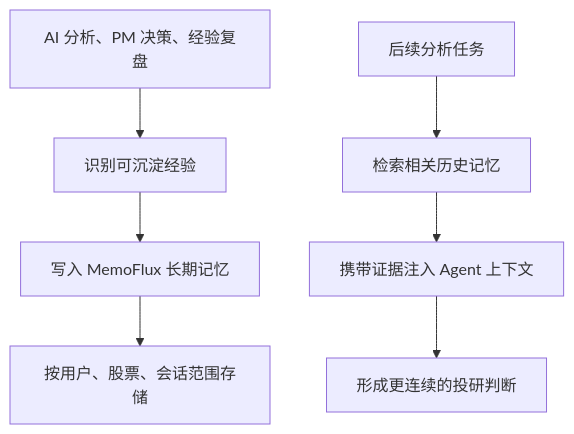
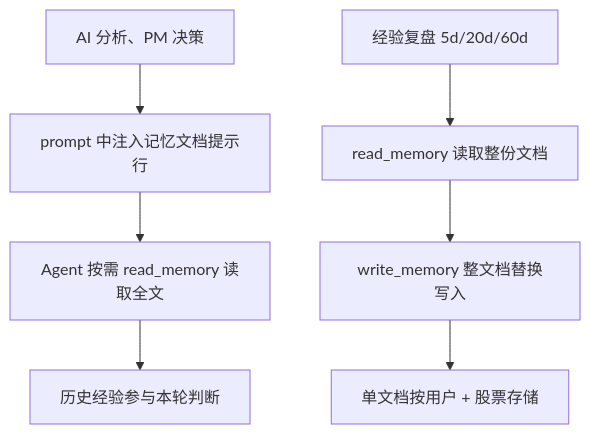
Before and after one commit to MarvekG/BestAITrader: the diagram in docs/feature-introductions/10-long-term-memory.md, drawn with Mermaid. The commit also changed other lines of this file and 54 other files, not shown here.

First line of the commit message:
feat(ai): replace MemoFlux with single-document memory system

````diff
--- a/docs/feature-introductions/10-long-term-memory.md
+++ b/docs/feature-introductions/10-long-term-memory.md
@@ -25,9 +23,9 @@
 ```mermaid
 flowchart TD
-    A["AI 分析、PM 决策、经验复盘"] --> B["识别可沉淀经验"]
-    B --> C["写入 MemoFlux 长期记忆"]
-    C --> D["按用户、股票、会话范围存储"]
-    E["后续分析任务"] --> F["检索相关历史记忆"]
-    F --> G["携带证据注入 Agent 上下文"]
-    G --> H["形成更连续的投研判断"]
+    A["AI 分析、PM 决策"] --> B["prompt 中注入记忆文档提示行"]
+    E["经验复盘 5d/20d/60d"] --> F["read_memory 读取整份文档"]
+    F --> G["write_memory 整文档替换写入"]
+    G --> H["单文档按用户 + 股票存储"]
+    B --> I["Agent 按需 read_memory 读取全文"]
+    I --> J["历史经验参与本轮判断"]
 ```
````
